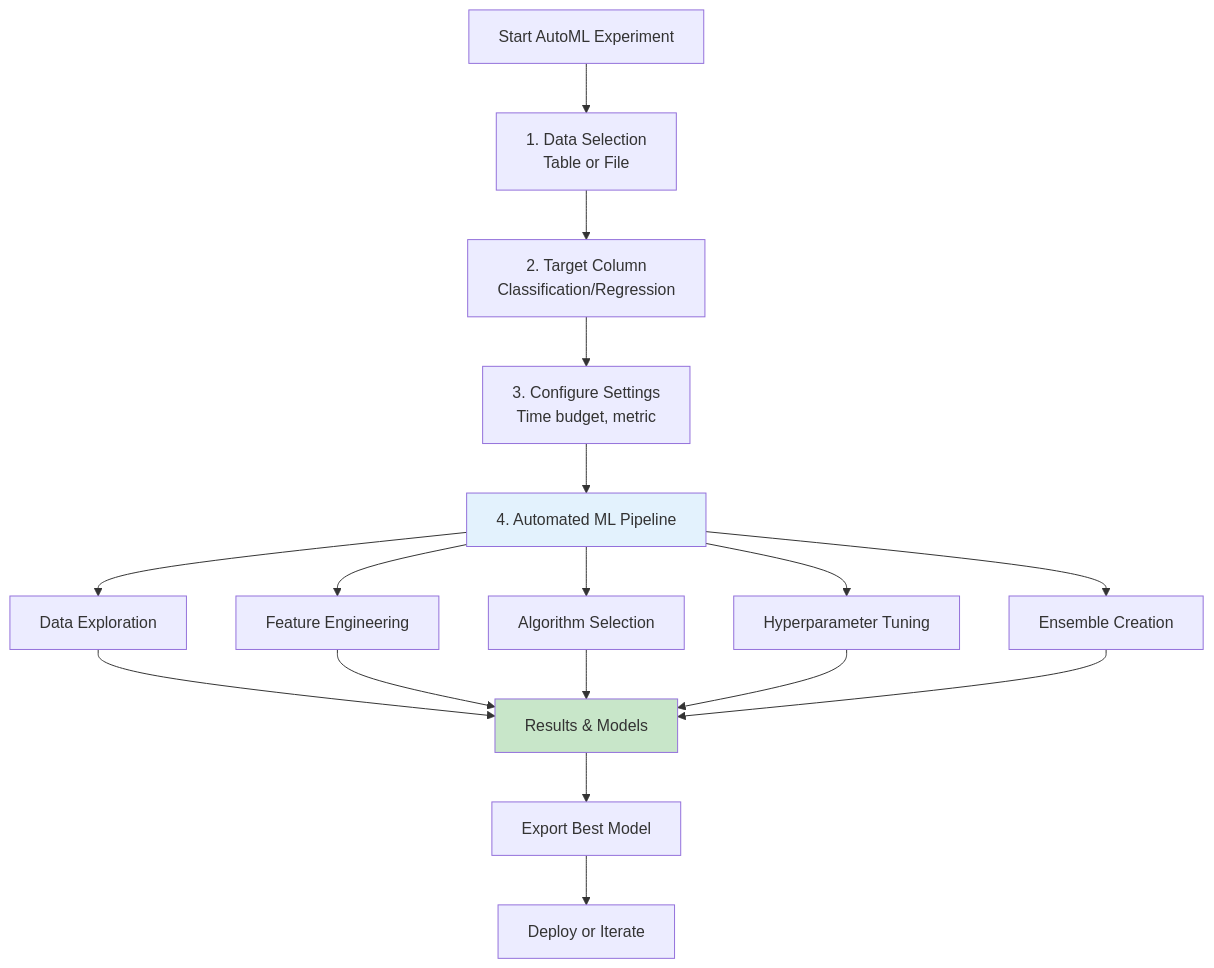
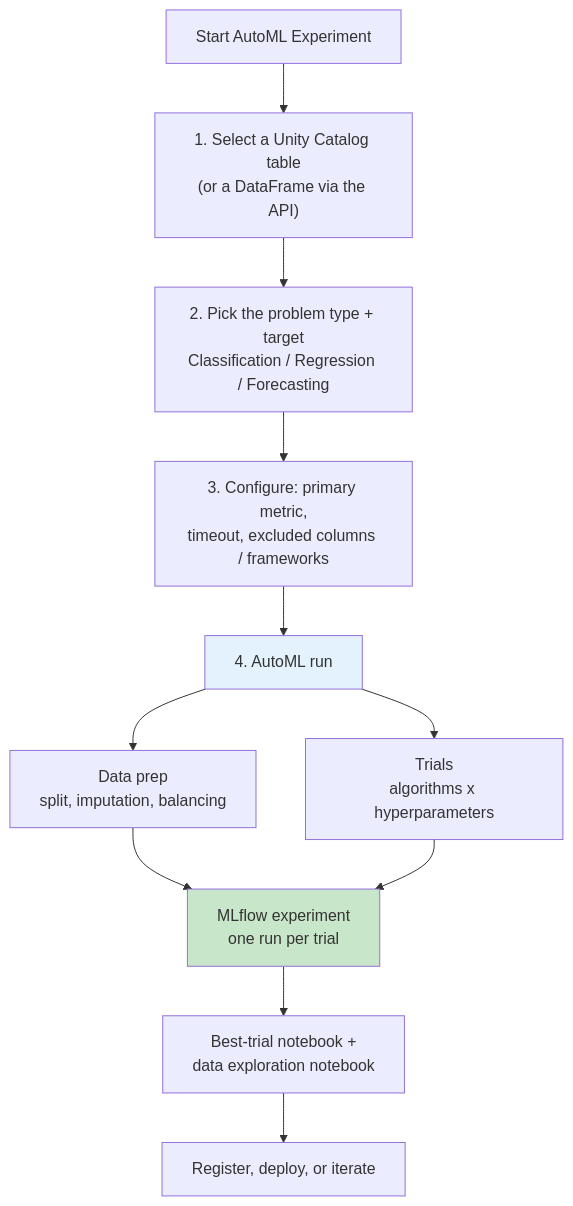
Before and after one commit to kengio/databricks-certification-study-guide: the diagram in certifications/ml-associate/01-databricks-machine-learning/03-databricks-automl.md, drawn with Mermaid. The commit also changed other lines of this file and 50 other files, not shown here.

````diff
--- a/certifications/ml-associate/01-databricks-machine-learning/03-databricks-automl.md
+++ b/certifications/ml-associate/01-databricks-machine-learning/03-databricks-automl.md
@@ -19,25 +36,19 @@
 ```mermaid
 flowchart TB
-    Start["Start AutoML Experiment"] --> Upload["1. Data Selection<br/>Table or File"]
-    Upload --> Target["2. Target Column<br/>Classification/Regression"]
-    Target --> Config["3. Configure Settings<br/>Time budget, metric"]
-    Config --> Auto["4. Automated ML Pipeline"]
+    Start["Start AutoML Experiment"] --> Upload["1. Select a Unity Catalog table<br/>(or a DataFrame via the API)"]
+    Upload --> Target["2. Pick the problem type + target<br/>Classification / Regression / Forecasting"]
+    Target --> Config["3. Configure: primary metric,<br/>timeout, excluded columns / frameworks"]
+    Config --> Auto["4. AutoML run"]
 
-    Auto --> EDA["Data Exploration"]
-    Auto --> FE["Feature Engineering"]
-    Auto --> Models["Algorithm Selection"]
-    Auto --> Tuning["Hyperparameter Tuning"]
-    Auto --> Ensemble["Ensemble Creation"]
+    Auto --> Prep["Data prep<br/>split, imputation, balancing"]
+    Auto --> Trials["Trials<br/>algorithms x hyperparameters"]
 
-    EDA --> Results["Results & Models"]
-    FE --> Results
-    Models --> Results
-    Tuning --> Results
-    Ensemble --> Results
+    Prep --> Results["MLflow experiment<br/>one run per trial"]
+    Trials --> Results
 
-    Results --> Export["Export Best Model"]
-    Export --> Deploy["Deploy or Iterate"]
+    Results --> NB["Best-trial notebook +<br/>data exploration notebook"]
+    NB --> Next["Register, deploy, or iterate"]
 
     style Auto fill:#e3f2fd
     style Results fill:#c8e6c9
 ```
````
